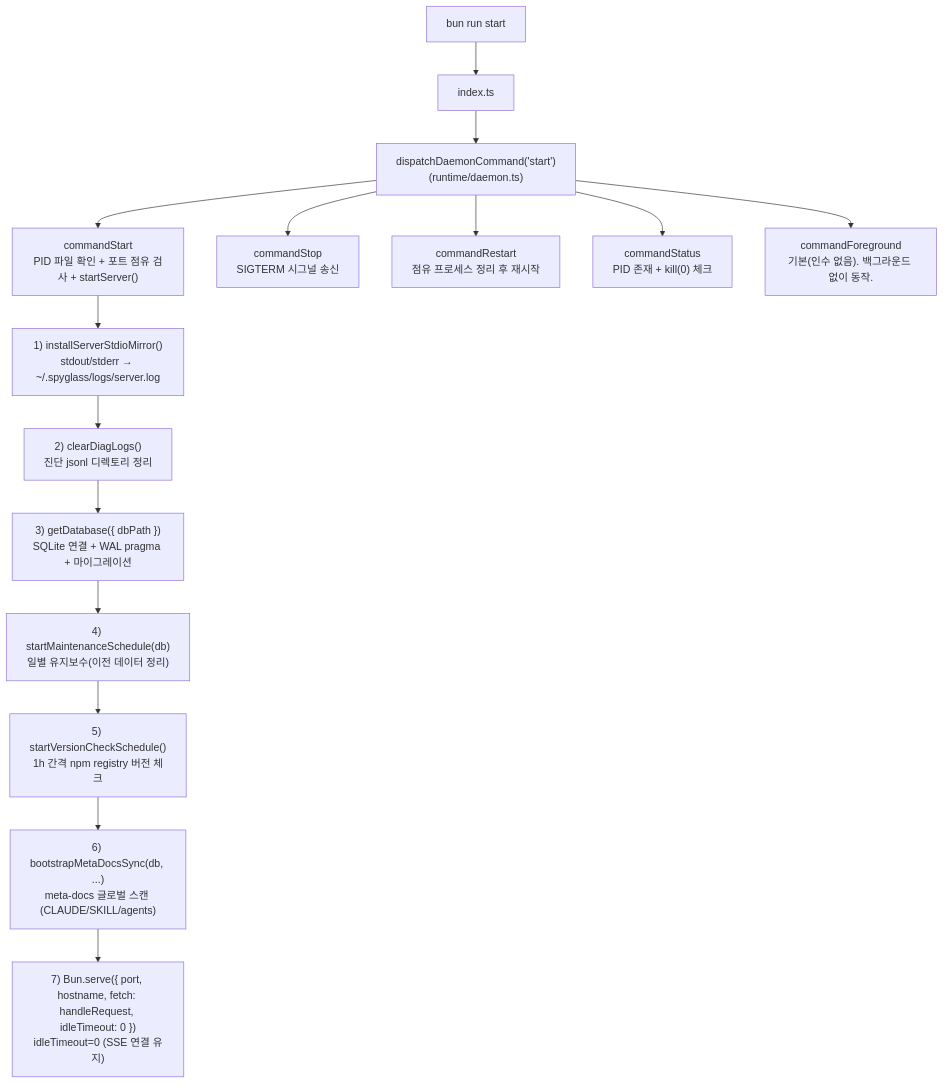
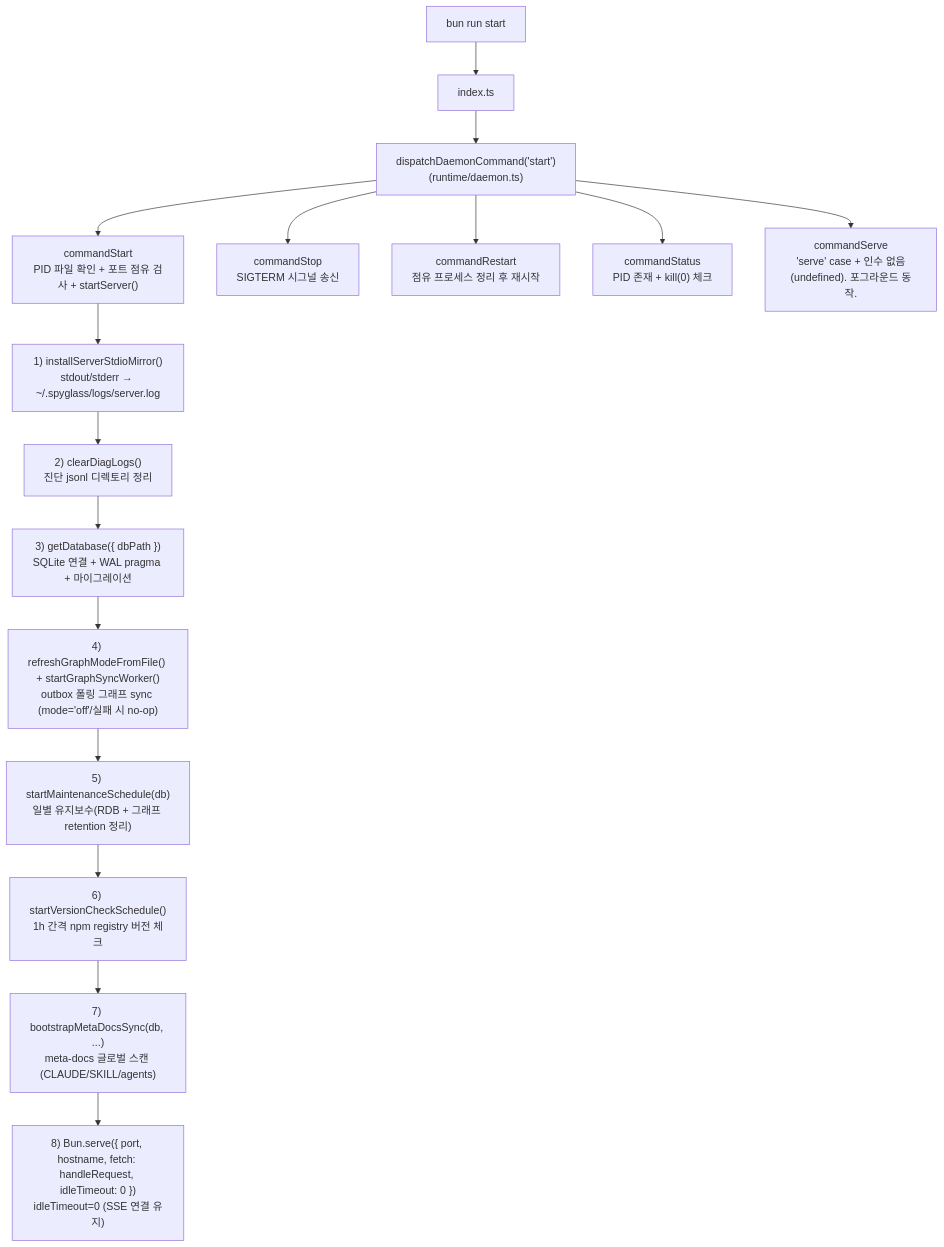
One commit to gmoon92/claude-spyglass changed the third of 9 diagrams in docs/architecture/architecture.md. Above: the diagram before and after it, drawn with Mermaid. The commit also changed other lines of this file and 23 other files, not shown here.

First line of the commit message:
docs(architecture): 아키텍처 문서·README 소스 기준 현행화

````diff
--- a/docs/architecture/architecture.md
+++ b/docs/architecture/architecture.md
@@ -171,29 +181,30 @@
 ```mermaid
 flowchart TD
     START["bun run start"]
     INDEX["index.ts"]
     DAEMON["dispatchDaemonCommand('start')\n(runtime/daemon.ts)"]
     CMD_START["commandStart\nPID 파일 확인 + 포트 점유 검사 + startServer()"]
     CMD_STOP["commandStop\nSIGTERM 시그널 송신"]
     CMD_RESTART["commandRestart\n점유 프로세스 정리 후 재시작"]
     CMD_STATUS["commandStatus\nPID 존재 + kill(0) 체크"]
-    CMD_FG["commandForeground\n기본(인수 없음). 백그라운드 없이 동작."]
+    CMD_FG["commandServe\n'serve' case + 인수 없음(undefined). 포그라운드 동작."]
 
     S1["1) installServerStdioMirror()\nstdout/stderr → ~/.spyglass/logs/server.log"]
     S2["2) clearDiagLogs()\n진단 jsonl 디렉토리 정리"]
     S3["3) getDatabase({ dbPath })\nSQLite 연결 + WAL pragma + 마이그레이션"]
-    S4["4) startMaintenanceSchedule(db)\n일별 유지보수(이전 데이터 정리)"]
-    S5["5) startVersionCheckSchedule()\n1h 간격 npm registry 버전 체크"]
-    S6["6) bootstrapMetaDocsSync(db, ...)\nmeta-docs 글로벌 스캔 (CLAUDE/SKILL/agents)"]
-    S7["7) Bun.serve({ port, hostname, fetch: handleRequest, idleTimeout: 0 })\nidleTimeout=0 (SSE 연결 유지)"]
+    S4["4) refreshGraphModeFromFile() + startGraphSyncWorker()\noutbox 폴링 그래프 sync (mode='off'/실패 시 no-op)"]
+    S5["5) startMaintenanceSchedule(db)\n일별 유지보수(RDB + 그래프 retention 정리)"]
+    S6["6) startVersionCheckSchedule()\n1h 간격 npm registry 버전 체크"]
+    S7["7) bootstrapMetaDocsSync(db, ...)\nmeta-docs 글로벌 스캔 (CLAUDE/SKILL/agents)"]
+    S8["8) Bun.serve({ port, hostname, fetch: handleRequest, idleTimeout: 0 })\nidleTimeout=0 (SSE 연결 유지)"]
 
     START --> INDEX
     INDEX --> DAEMON
     DAEMON --> CMD_START
     DAEMON --> CMD_STOP
     DAEMON --> CMD_RESTART
     DAEMON --> CMD_STATUS
     DAEMON --> CMD_FG
     CMD_START --> S1
-    S1 --> S2 --> S3 --> S4 --> S5 --> S6 --> S7
+    S1 --> S2 --> S3 --> S4 --> S5 --> S6 --> S7 --> S8
 ```
````
